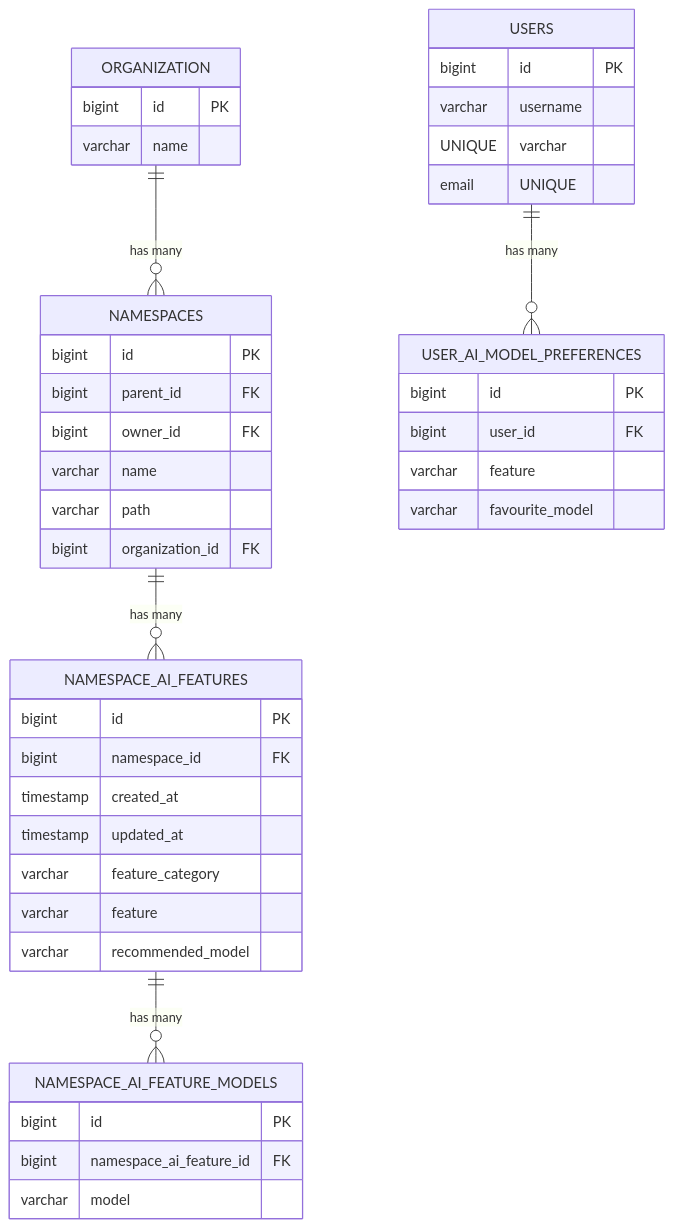
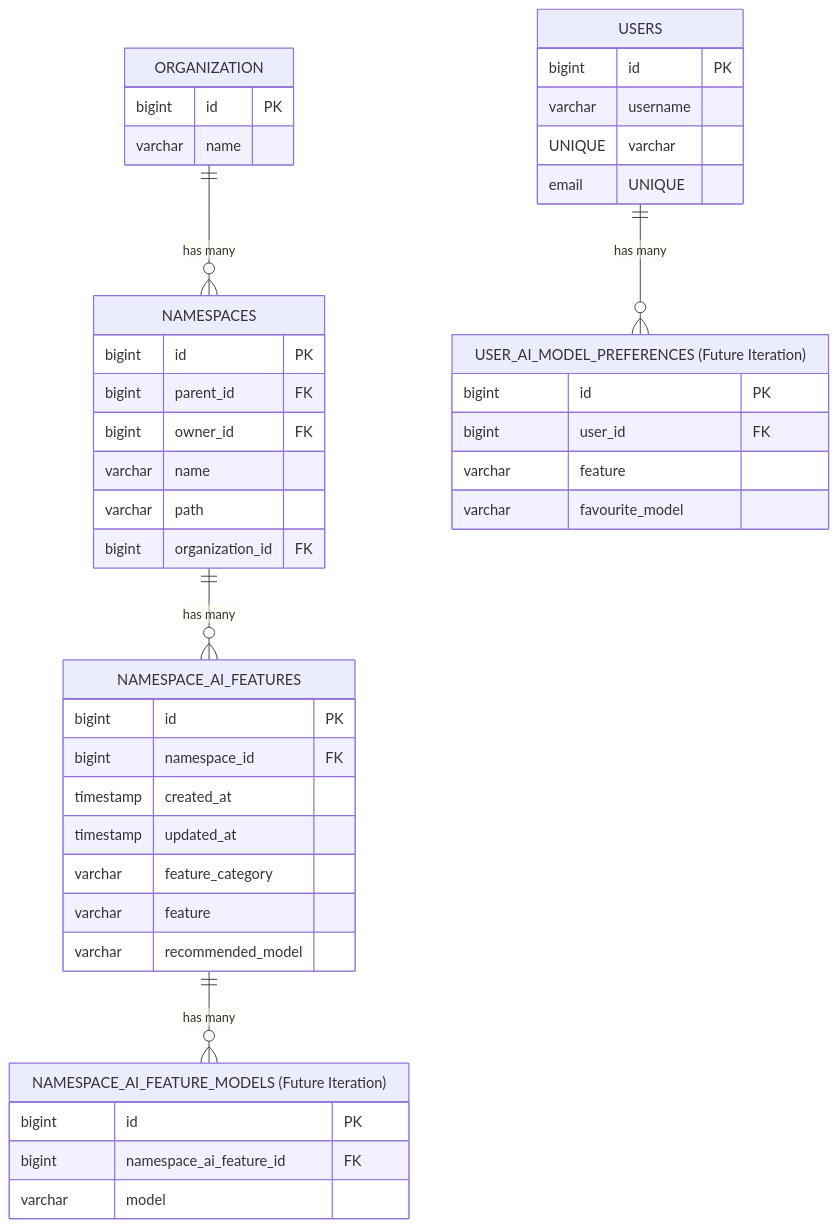
The first of 3 diagrams in content/handbook/engineering/architecture/design-documents/ai_model_selection/_index.md (zalyoung/gitlab-handbook), drawn with Mermaid before and after one commit. The commit also changed other lines of this file, not shown here.

Commit message:
Removed IDE changes to future iteration

````diff
--- a/content/handbook/engineering/architecture/design-documents/ai_model_selection/_index.md
+++ b/content/handbook/engineering/architecture/design-documents/ai_model_selection/_index.md
@@ -65,53 +63,53 @@
 ```mermaid
 erDiagram
     ORGANIZATION {
         bigint id PK
         varchar name
     }
 
     NAMESPACES {
         bigint id PK
         bigint parent_id FK
         bigint owner_id FK
         varchar name
         varchar path
         bigint organization_id FK
     }
 
     ORGANIZATION ||--o{ NAMESPACES : "has many"
 
     NAMESPACE_AI_FEATURES {
         bigint id PK
         bigint namespace_id FK
         timestamp created_at
         timestamp updated_at
         varchar feature_category
         varchar feature
         varchar recommended_model
     }
 
     NAMESPACES ||--o{ NAMESPACE_AI_FEATURES : "has many"
 
-    NAMESPACE_AI_FEATURE_MODELS {
+    NAMESPACE_AI_FEATURE_MODELS["NAMESPACE_AI_FEATURE_MODELS (Future Iteration)"] {
         bigint id PK
         bigint namespace_ai_feature_id FK
         varchar model
     }
 
     NAMESPACE_AI_FEATURES ||--o{ NAMESPACE_AI_FEATURE_MODELS : "has many"
 
     USERS {
         bigint id PK
         varchar username UNIQUE
         varchar email UNIQUE
     }
 
-    USER_AI_MODEL_PREFERENCES {
+    USER_AI_MODEL_PREFERENCES["USER_AI_MODEL_PREFERENCES (Future Iteration)"] {
         bigint id PK
         bigint user_id FK
         varchar feature
         varchar favourite_model
     }
 
     USERS ||--o{ USER_AI_MODEL_PREFERENCES : "has many"
 ```
````
